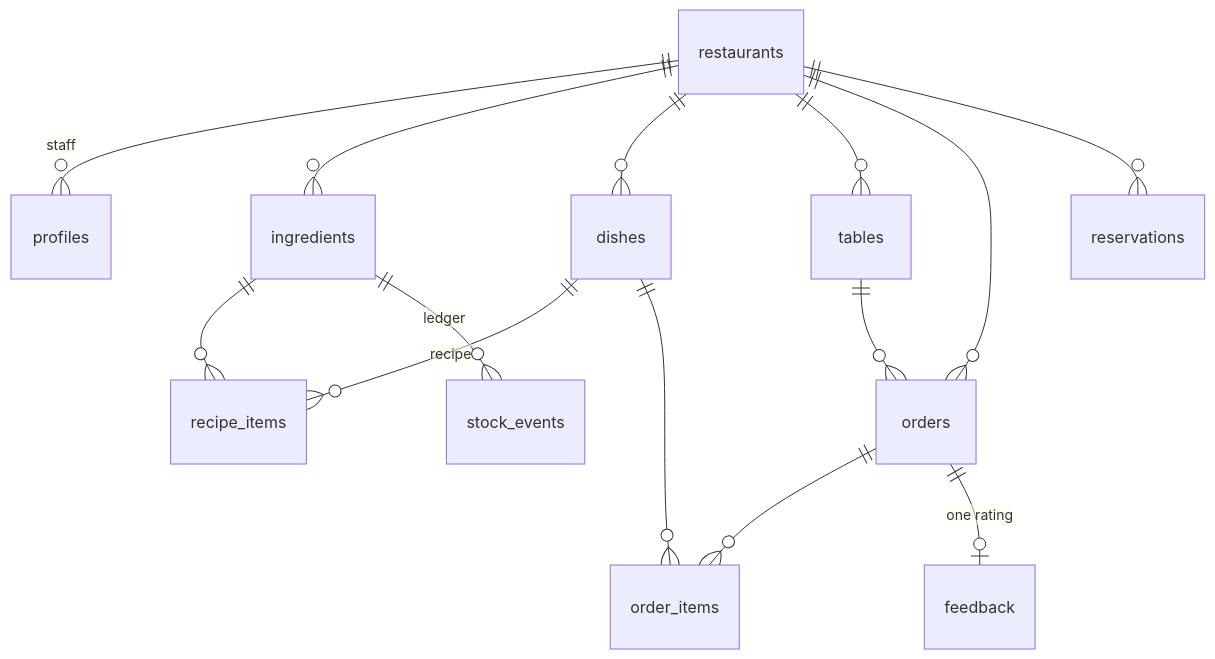
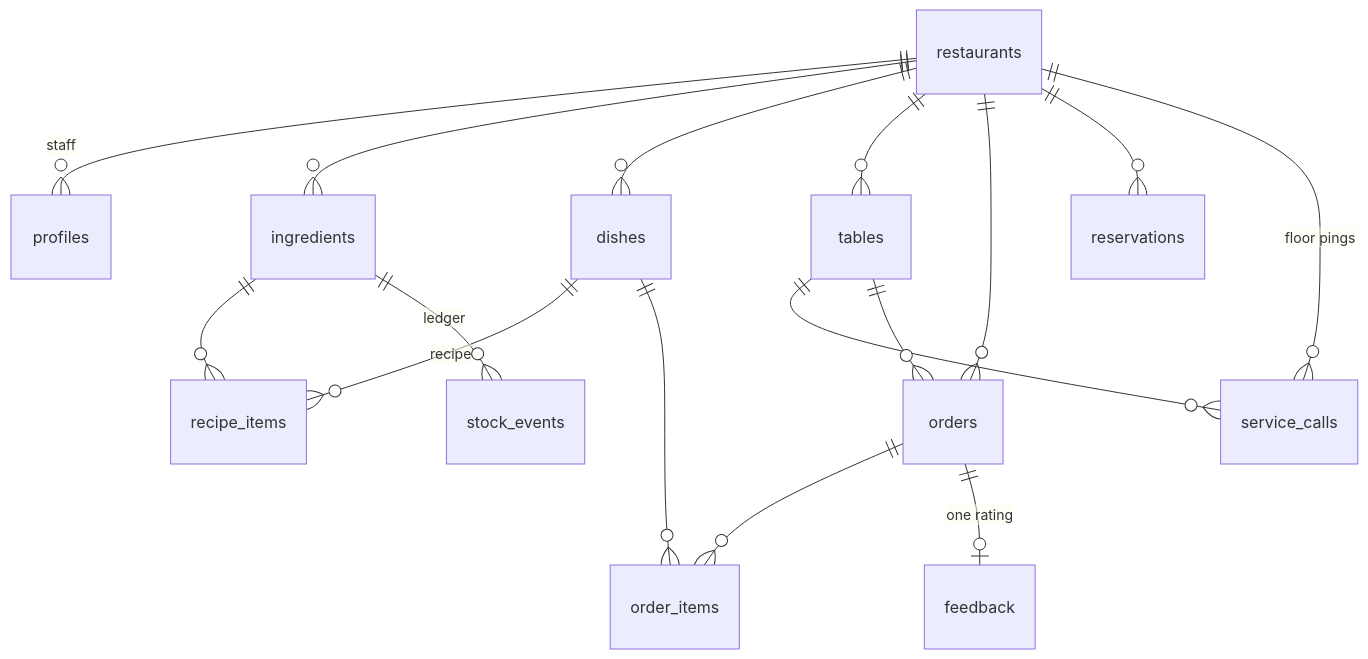
Before and after one commit to uttampreet-dev/EightySix: the second of 2 diagrams in docs/ARCHITECTURE.md, drawn with Mermaid. The commit also changed other lines of this file and 3 other files, not shown here.

````diff
--- a/docs/ARCHITECTURE.md
+++ b/docs/ARCHITECTURE.md
@@ -117,16 +120,18 @@
 ```mermaid
 erDiagram
     restaurants ||--o{ profiles : "staff"
     restaurants ||--o{ ingredients : ""
     restaurants ||--o{ dishes : ""
     restaurants ||--o{ tables : ""
     restaurants ||--o{ orders : ""
     restaurants ||--o{ reservations : ""
+    restaurants ||--o{ service_calls : "floor pings"
+    tables ||--o{ service_calls : ""
     dishes ||--o{ recipe_items : "recipe"
     ingredients ||--o{ recipe_items : ""
     ingredients ||--o{ stock_events : "ledger"
     tables ||--o{ orders : ""
     orders ||--o{ order_items : ""
     orders ||--o| feedback : "one rating"
     dishes ||--o{ order_items : ""
 ```
````
